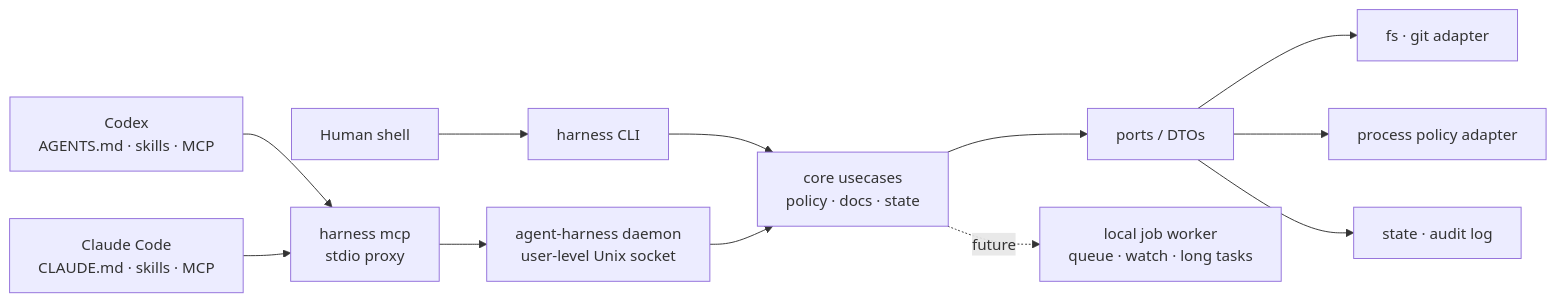
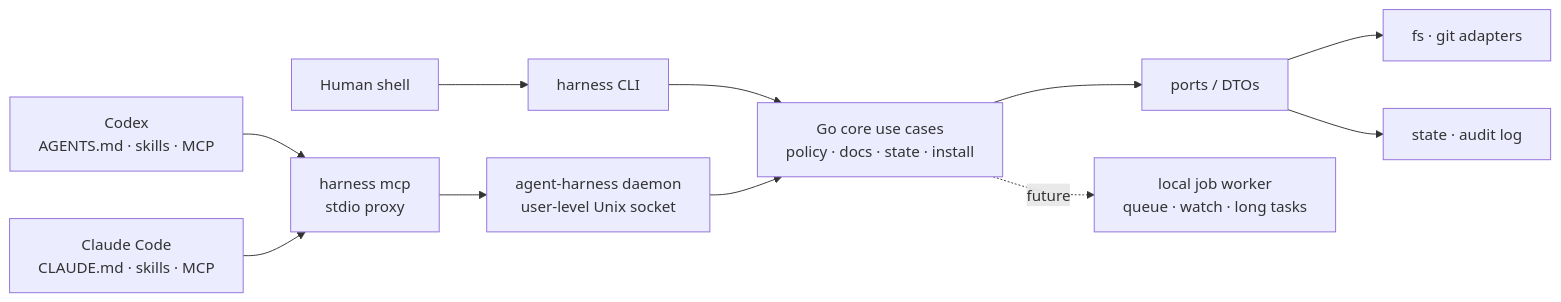
The first of 2 diagrams in README.md (m16khb-org/agent-harness), drawn with Mermaid before and after one commit. The commit also changed other lines of this file, not shown here.

````diff
--- a/README.md
+++ b/README.md
@@ -44,16 +55,14 @@
 ```mermaid
 flowchart LR
     Codex[Codex\nAGENTS.md · skills · MCP] --> MCP[harness mcp\nstdio proxy]
     Claude[Claude Code\nCLAUDE.md · skills · MCP] --> MCP
     Human[Human shell] --> CLI[harness CLI]
 
     MCP --> Daemon[agent-harness daemon\nuser-level Unix socket]
-    CLI --> Core[core usecases\npolicy · docs · state]
+    CLI --> Core[Go core use cases\npolicy · docs · state · install]
     Daemon --> Core
     Core --> Ports[ports / DTOs]
-    Ports --> FS[fs · git adapter]
-    Ports --> Proc[process policy adapter]
+    Ports --> FS[fs · git adapters]
     Ports --> State[state · audit log]
-
     Core -. future .-> Worker[local job worker\nqueue · watch · long tasks]
 ```
````
